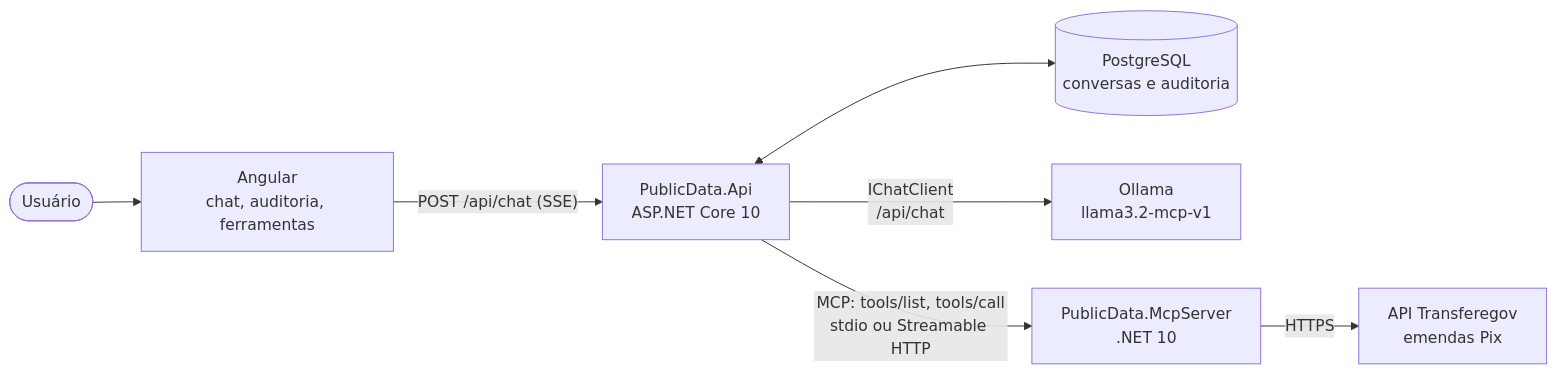
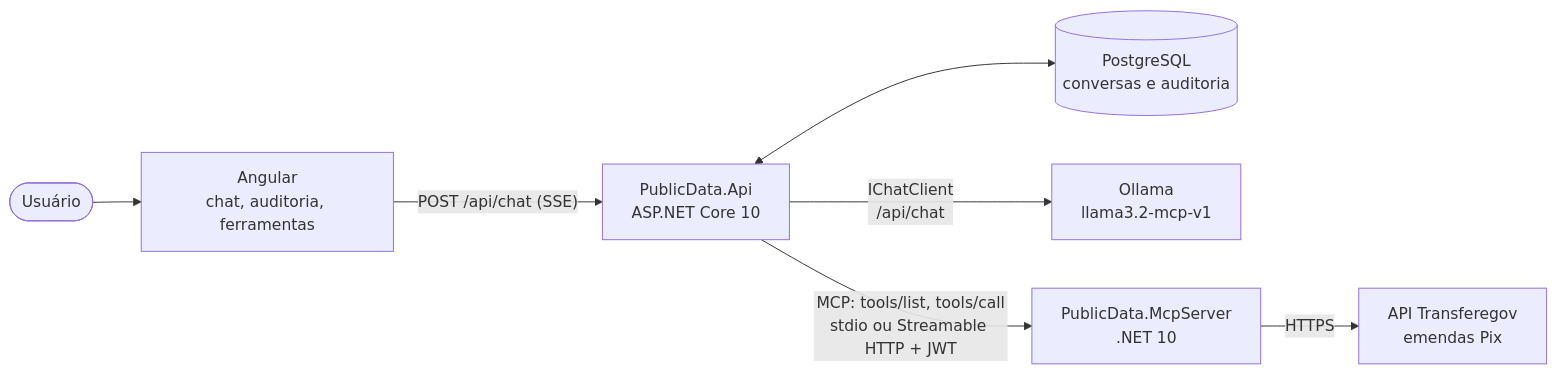
One commit to guiicauaaa/mcp-dados-publicos changed the first of 2 diagrams in README.md. Above: the diagram before and after it, drawn with Mermaid. The commit also changed other lines of this file and 1 other file, not shown here.

First line of the commit message:
docs: ADR-12 (JWT entre API e MCP) e README

````diff
--- a/README.md
+++ b/README.md
@@ -121,9 +122,9 @@
 ```mermaid
 flowchart LR
     U([Usuário]) --> W[Angular<br/>chat, auditoria, ferramentas]
     W -- "POST /api/chat (SSE)" --> A[PublicData.Api<br/>ASP.NET Core 10]
     A <--> DB[(PostgreSQL<br/>conversas e auditoria)]
     A -- "IChatClient<br/>/api/chat" --> O[Ollama<br/>llama3.2-mcp-v1]
-    A -- "MCP: tools/list, tools/call<br/>stdio ou Streamable HTTP" --> M[PublicData.McpServer<br/>.NET 10]
+    A -- "MCP: tools/list, tools/call<br/>stdio ou Streamable HTTP + JWT" --> M[PublicData.McpServer<br/>.NET 10]
     M -- HTTPS --> T[API Transferegov<br/>emendas Pix]
 ```
````
